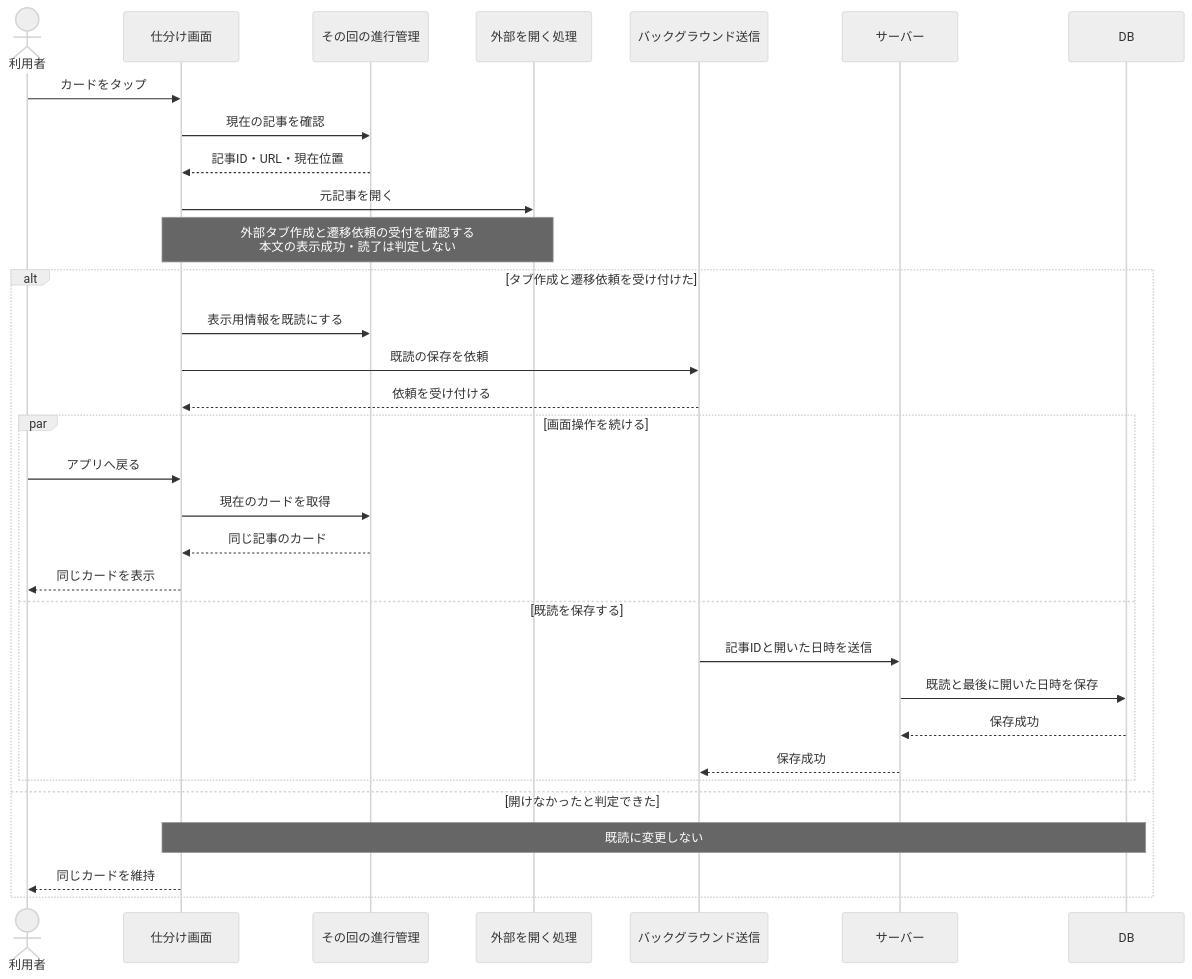
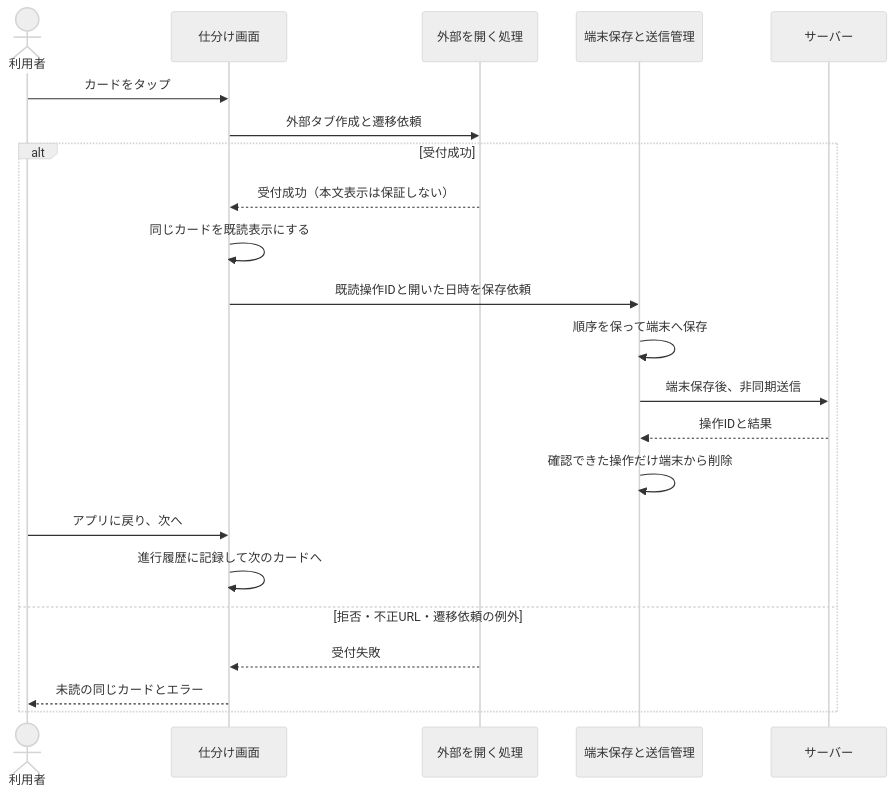
Before and after one commit to BeppuKanato/it-discovery: the fifth of 6 diagrams in docs/sequences.md, drawn with Mermaid (neutral theme). The commit also changed other lines of this file and 5 other files, not shown here.

Commit message:
docs: 確定ルールに合わせて状態遷移とシーケンス・クラス図を更新する

````diff
--- a/docs/sequences.md
+++ b/docs/sequences.md
@@ -217,36 +217,24 @@
 ```mermaid
 sequenceDiagram
-    actor User as 利用者
-    participant View as 仕分け画面
-    participant Session as その回の進行管理
-    participant Open as 外部を開く処理
-    participant Background as バックグラウンド送信
-    participant Server as サーバー
-    participant DB as DB
-
-    User->>View: カードをタップ
-    View->>Session: 現在の記事を確認
-    Session-->>View: 記事ID・URL・現在位置
-    View->>Open: 元記事を開く
-    Note over View,Open: 外部タブ作成と遷移依頼の受付を確認する<br/>本文の表示成功・読了は判定しない
-
-    alt タブ作成と遷移依頼を受け付けた
-        View->>Session: 表示用情報を既読にする
-        View->>Background: 既読の保存を依頼
-        Background-->>View: 依頼を受け付ける
-        par 画面操作を続ける
-            User->>View: アプリへ戻る
-            View->>Session: 現在のカードを取得
-            Session-->>View: 同じ記事のカード
-            View-->>User: 同じカードを表示
-        and 既読を保存する
-            Background->>Server: 記事IDと開いた日時を送信
-            Server->>DB: 既読と最後に開いた日時を保存
-            DB-->>Server: 保存成功
-            Server-->>Background: 保存成功
-        end
-    else 開けなかったと判定できた
-        Note over View,DB: 既読に変更しない
-        View-->>User: 同じカードを維持
+    actor U as 利用者
+    participant V as 仕分け画面
+    participant O as 外部を開く処理
+    participant L as 端末保存と送信管理
+    participant S as サーバー
+    U->>V: カードをタップ
+    V->>O: 外部タブ作成と遷移依頼
+    alt 受付成功
+        O-->>V: 受付成功（本文表示は保証しない）
+        V->>V: 同じカードを既読表示にする
+        V->>L: 既読操作IDと開いた日時を保存依頼
+        L->>L: 順序を保って端末へ保存
+        L->>S: 端末保存後、非同期送信
+        S-->>L: 操作IDと結果
+        L->>L: 確認できた操作だけ端末から削除
+        U->>V: アプリに戻り、次へ
+        V->>V: 進行履歴に記録して次のカードへ
+    else 拒否・不正URL・遷移依頼の例外
+        O-->>V: 受付失敗
+        V-->>U: 未読の同じカードとエラー
     end
 ```
````
